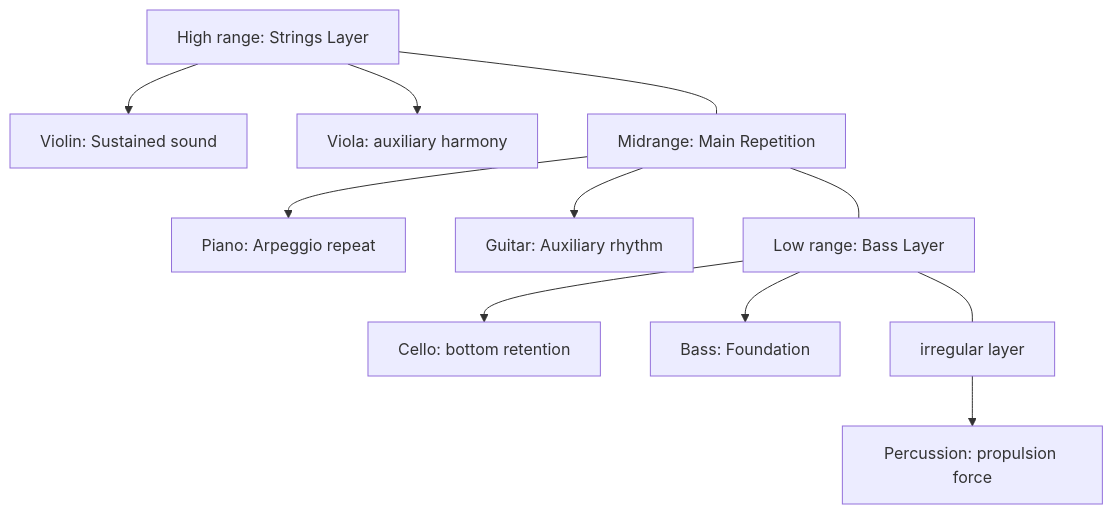
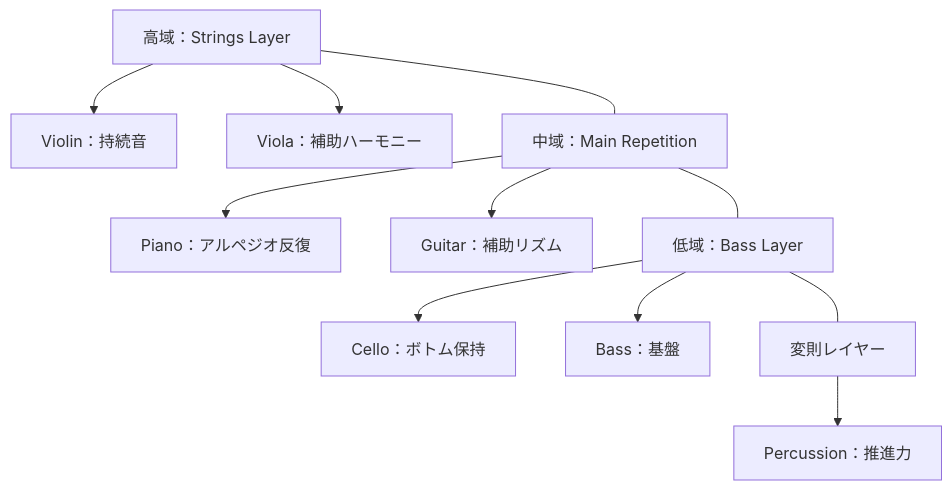
One commit to monumental-movement/monumental-movement.github.io changed the third of 3 diagrams in en/_posts/2025-11-19-column-penguin-cafe-orchestra.md. Above: the diagram before and after it, drawn with Mermaid. The commit also changed other lines of this file and 2196 other files, not shown here.

```diff
--- a/en/_posts/2025-11-19-column-penguin-cafe-orchestra.md
+++ b/en/_posts/2025-11-19-column-penguin-cafe-orchestra.md
@@ -264,18 +263,18 @@
 <div class="mermaid">
 
 flowchart TD
-  A[High range: Strings Layer] --> A1[Violin: Sustained sound]
-  A --> A2[Viola: auxiliary harmony]
+  A[高域：Strings Layer] --> A1[Violin：持続音]
+  A --> A2[Viola：補助ハーモニー]
 
-  B[Midrange: Main Repetition] --> B1[Piano: Arpeggio repeat]
-  B --> B2[Guitar: Auxiliary rhythm]
+  B[中域：Main Repetition] --> B1[Piano：アルペジオ反復]
+  B --> B2[Guitar：補助リズム]
 
-  C[Low range: Bass Layer] --> C1[Cello: bottom retention]
-  C --> C2[Bass: Foundation]
+  C[低域：Bass Layer] --> C1[Cello：ボトム保持]
+  C --> C2[Bass：基盤]
 
-  D[irregular layer] --> D1[Percussion: propulsion force]
+  D[変則レイヤー] --> D1[Percussion：推進力]
 
   A --- B --- C --- D
 
 
 </div>
```
